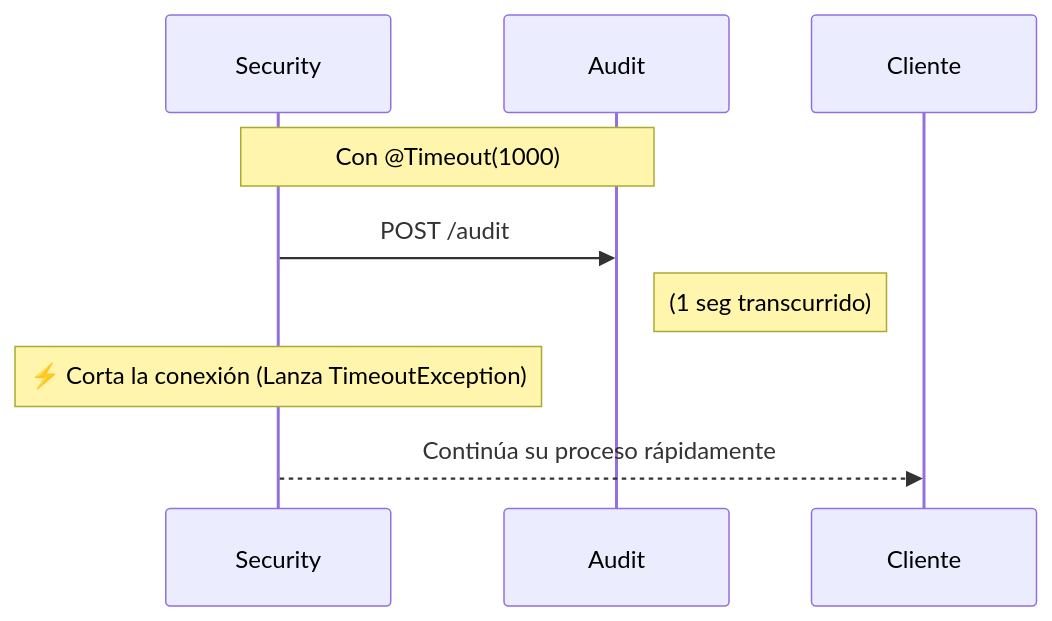
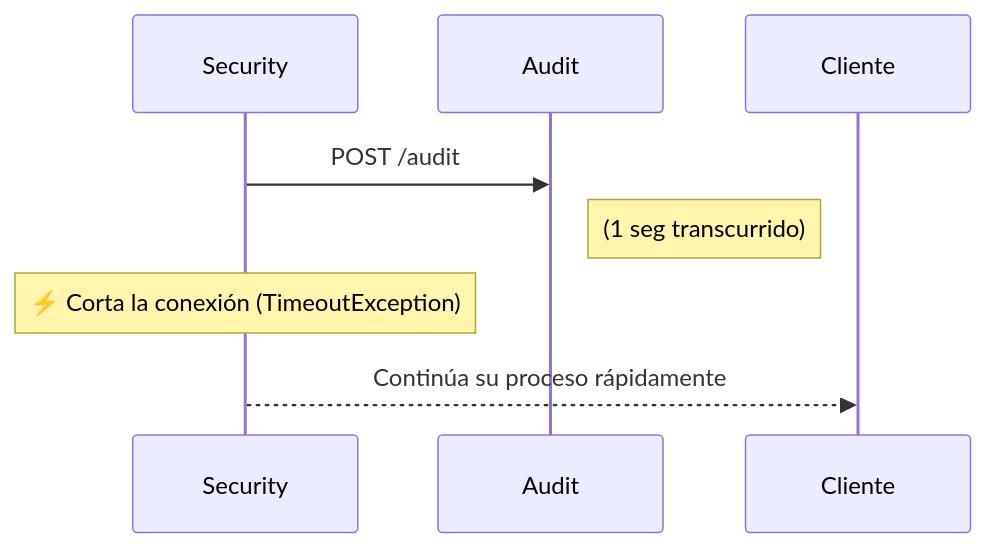
The second of 5 diagrams in docs/backend-java-quarkus/05-resiliencia/fault-tolerance.md (teamdroid-trainer/docs-docusaurus-trainer), drawn with Mermaid before and after one commit. The commit also changed other lines of this file and 35 other files, not shown here.

````diff
--- a/docs/backend-java-quarkus/05-resiliencia/fault-tolerance.md
+++ b/docs/backend-java-quarkus/05-resiliencia/fault-tolerance.md
@@ -56,11 +62,10 @@
 ```mermaid
 sequenceDiagram
     participant Security
     participant Audit
 
-    Note over Security, Audit: Con @Timeout(1000)
     Security->>Audit: POST /audit
     Note right of Audit: (1 seg transcurrido)
-    Note over Security: ⚡ Corta la conexión (Lanza TimeoutException)
+    Note over Security: ⚡ Corta la conexión (TimeoutException)
     Security-->>Cliente: Continúa su proceso rápidamente
 ```
````
